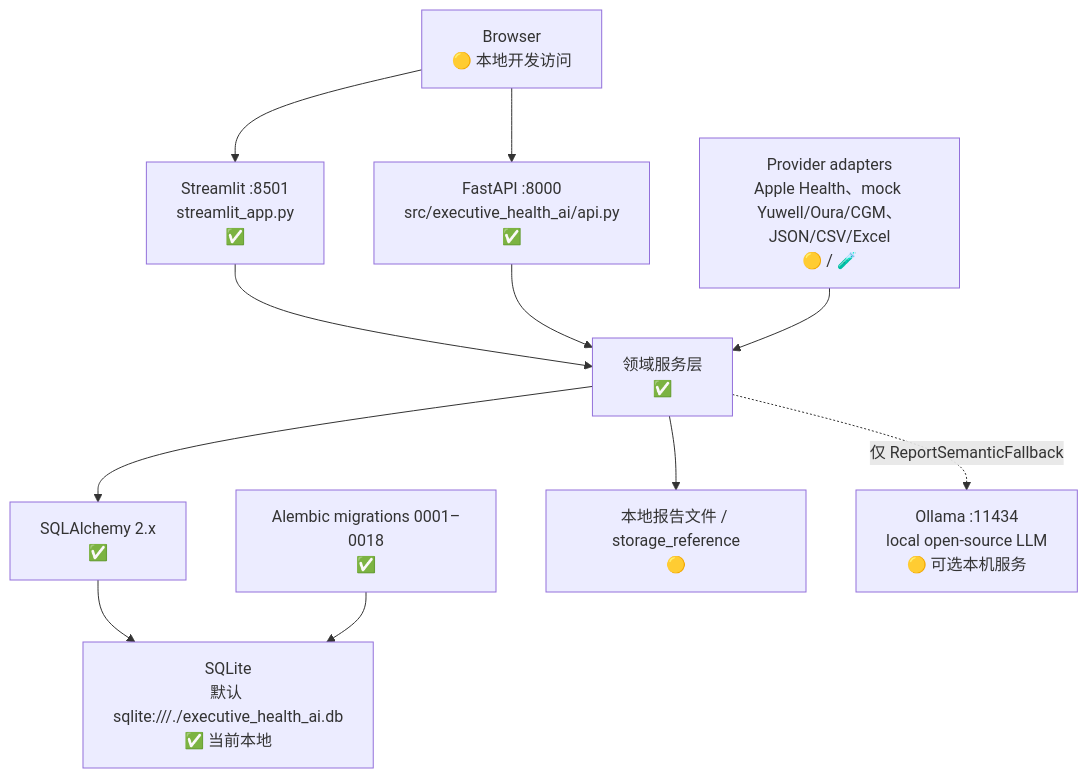
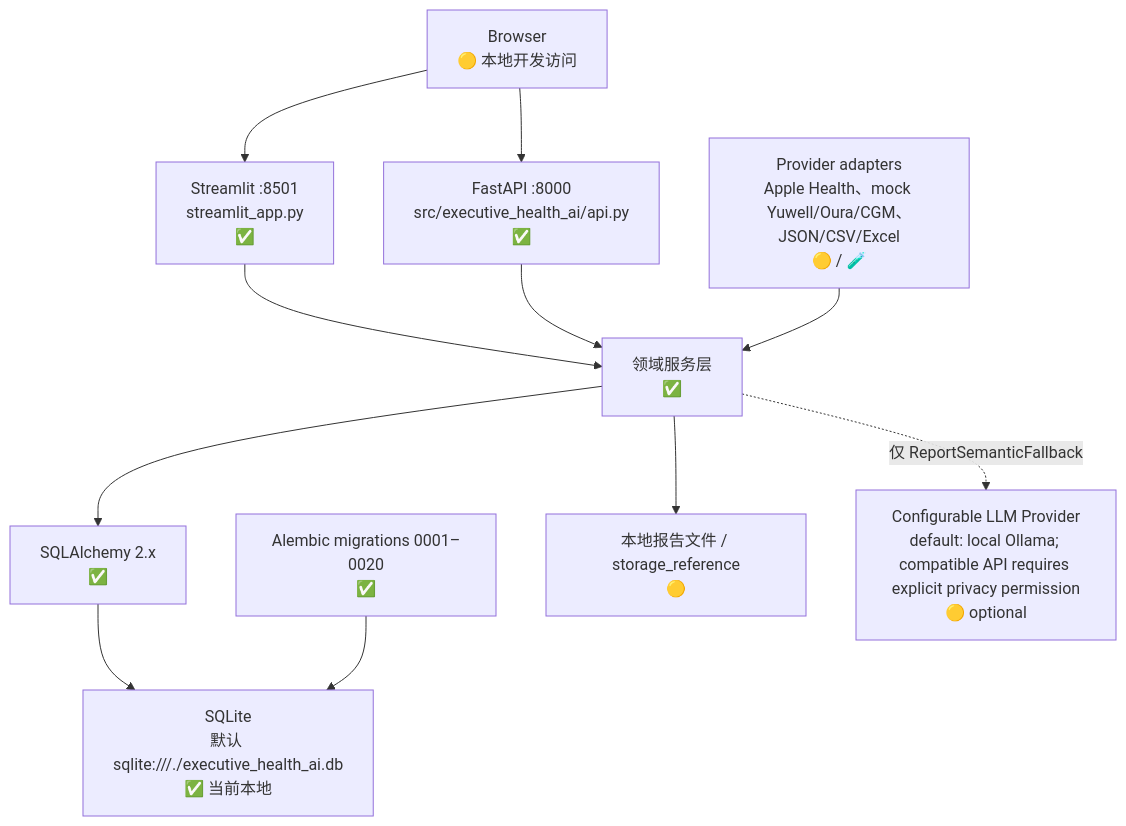
One commit to KaedeharaT/executive-healthops changed the first of 5 diagrams in docs/architecture/04_TECHNICAL_ARCHITECTURE.md. Above: the diagram before and after it, drawn with Mermaid. The commit also changed other lines of this file and 19 other files, not shown here.

````diff
--- a/docs/architecture/04_TECHNICAL_ARCHITECTURE.md
+++ b/docs/architecture/04_TECHNICAL_ARCHITECTURE.md
@@ -5,23 +5,23 @@
 ```mermaid
 flowchart TB
   browser[Browser\n🟡 本地开发访问]
   streamlit[Streamlit :8501\nstreamlit_app.py\n✅]
   api[FastAPI :8000\nsrc/executive_health_ai/api.py\n✅]
   services[领域服务层\n✅]
   orm[SQLAlchemy 2.x\n✅]
   db[SQLite\n默认 sqlite:///./executive_health_ai.db\n✅ 当前本地]
-  migration[Alembic migrations 0001–0018\n✅]
+  migration[Alembic migrations 0001–0020\n✅]
   files[本地报告文件 / storage_reference\n🟡]
   adapters[Provider adapters\nApple Health、mock Yuwell/Oura/CGM、JSON/CSV/Excel\n🟡 / 🧪]
-  ollama[Ollama :11434\nlocal open-source LLM\n🟡 可选本机服务]
+  llm[Configurable LLM Provider\ndefault: local Ollama; compatible API requires explicit privacy permission\n🟡 optional]
 
   browser --> streamlit
   browser --> api
   streamlit --> services
   api --> services
   services --> orm --> db
   migration --> db
   services --> files
   adapters --> services
-  services -.仅 ReportSemanticFallback.-> ollama
+  services -.仅 ReportSemanticFallback.-> llm
 ```
````
